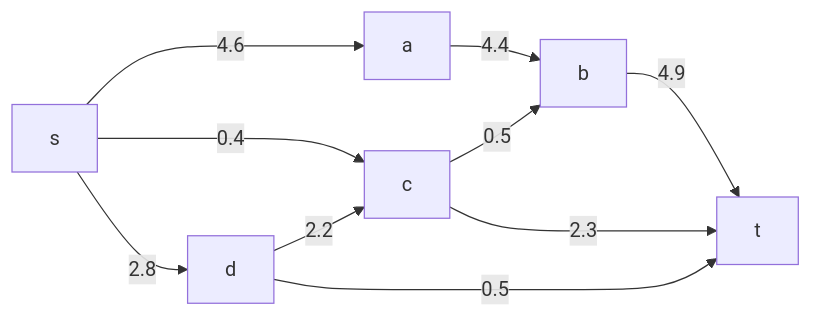
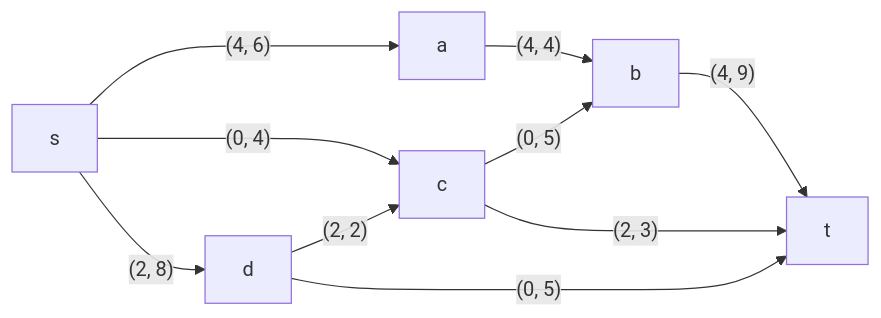
Before and after one commit to hse-algo-24-owl/manual-tasks-owl: the sixth of 11 diagrams in task-9/catsVSalgos_V2.md, drawn with Mermaid. The commit also changed other lines of this file, not shown here.

````diff
--- a/task-9/catsVSalgos_V2.md
+++ b/task-9/catsVSalgos_V2.md
@@ -87,12 +117,12 @@
 ```mermaid
 graph LR
-    s-->|4.6|a
-    s-->|0.4|c
-    s-->|2.8|d
-    a-->|4.4|b
-    c-->|0.5|b
-    d-->|2.2|c
-    b-->|4.9|t
-    c-->|2.3|t
-    d-->|0.5|t
+    s-->|"(4, 6)"|a
+    s-->|"(0, 4)"|c
+    s-->|"(2, 8)"|d
+    a-->|"(4, 4)"|b
+    c-->|"(0, 5)"|b
+    d-->|"(2, 2)"|c
+    b-->|"(4, 9)"|t
+    c-->|"(2, 3)"|t
+    d-->|"(0, 5)"|t
 ```
````
